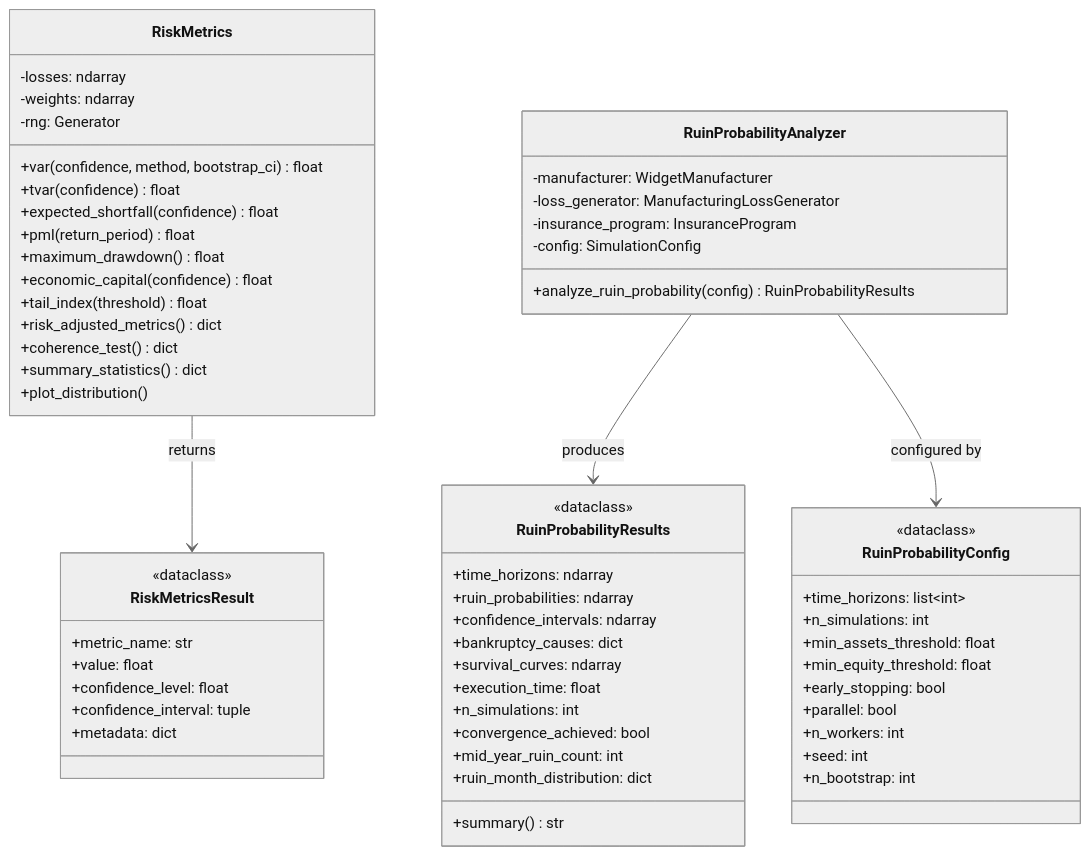
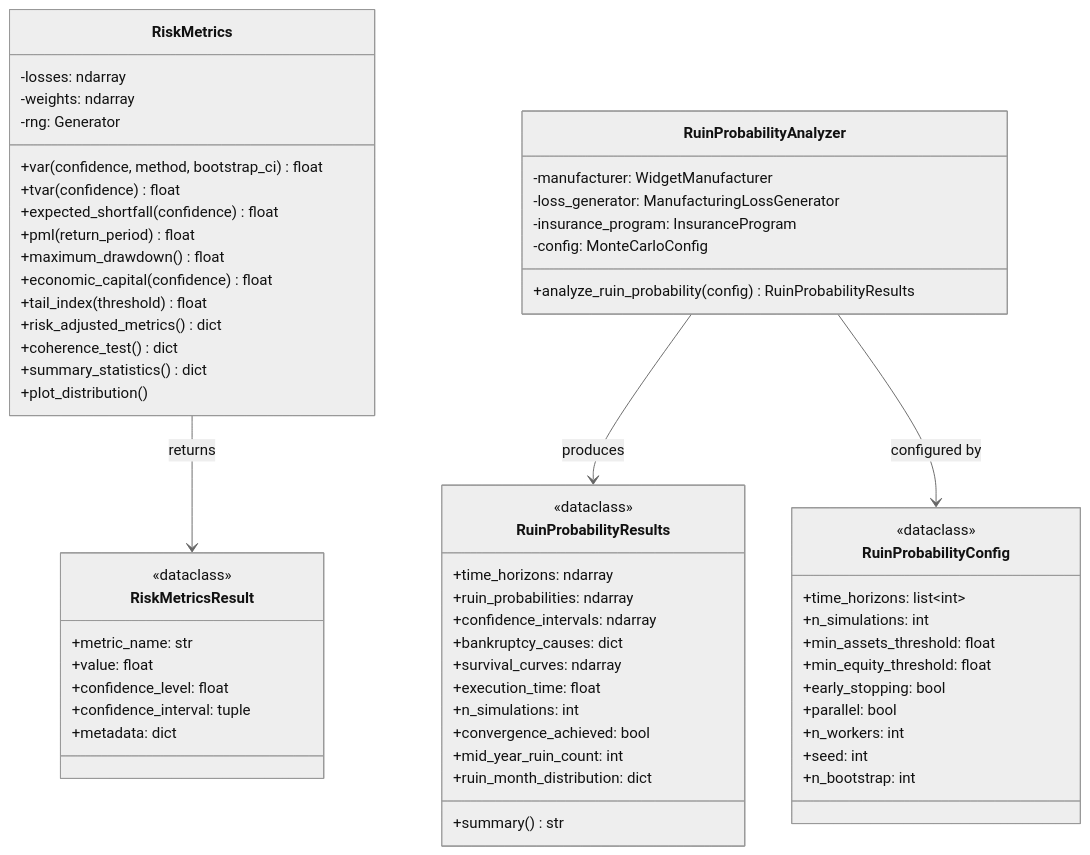
One commit to AlexFiliakov/Ergodic-Insurance-Limits changed the third of 9 diagrams in ergodic_insurance/docs/architecture/class_diagrams/data_models.md. Above: the diagram before and after it, drawn with Mermaid (neutral theme). The commit also changed 295 other files, not shown here.

````diff
--- a/ergodic_insurance/docs/architecture/class_diagrams/data_models.md
+++ b/ergodic_insurance/docs/architecture/class_diagrams/data_models.md
@@ -139,68 +139,68 @@
 ```{mermaid}
 classDiagram
     class RiskMetrics {
         -losses: ndarray
         -weights: ndarray
         -rng: Generator
         +var(confidence, method, bootstrap_ci) float
         +tvar(confidence) float
         +expected_shortfall(confidence) float
         +pml(return_period) float
         +maximum_drawdown() float
         +economic_capital(confidence) float
         +tail_index(threshold) float
         +risk_adjusted_metrics() dict
         +coherence_test() dict
         +summary_statistics() dict
         +plot_distribution()
     }
 
     class RiskMetricsResult {
         <<dataclass>>
         +metric_name: str
         +value: float
         +confidence_level: float
         +confidence_interval: tuple
         +metadata: dict
     }
 
     class RuinProbabilityAnalyzer {
         -manufacturer: WidgetManufacturer
         -loss_generator: ManufacturingLossGenerator
         -insurance_program: InsuranceProgram
-        -config: SimulationConfig
+        -config: MonteCarloConfig
         +analyze_ruin_probability(config) RuinProbabilityResults
     }
 
     class RuinProbabilityResults {
         <<dataclass>>
         +time_horizons: ndarray
         +ruin_probabilities: ndarray
         +confidence_intervals: ndarray
         +bankruptcy_causes: dict
         +survival_curves: ndarray
         +execution_time: float
         +n_simulations: int
         +convergence_achieved: bool
         +mid_year_ruin_count: int
         +ruin_month_distribution: dict
         +summary() str
     }
 
     class RuinProbabilityConfig {
         <<dataclass>>
         +time_horizons: list~int~
         +n_simulations: int
         +min_assets_threshold: float
         +min_equity_threshold: float
         +early_stopping: bool
         +parallel: bool
         +n_workers: int
         +seed: int
         +n_bootstrap: int
     }
 
     RiskMetrics --> RiskMetricsResult : returns
     RuinProbabilityAnalyzer --> RuinProbabilityResults : produces
     RuinProbabilityAnalyzer --> RuinProbabilityConfig : configured by
 ```
````
